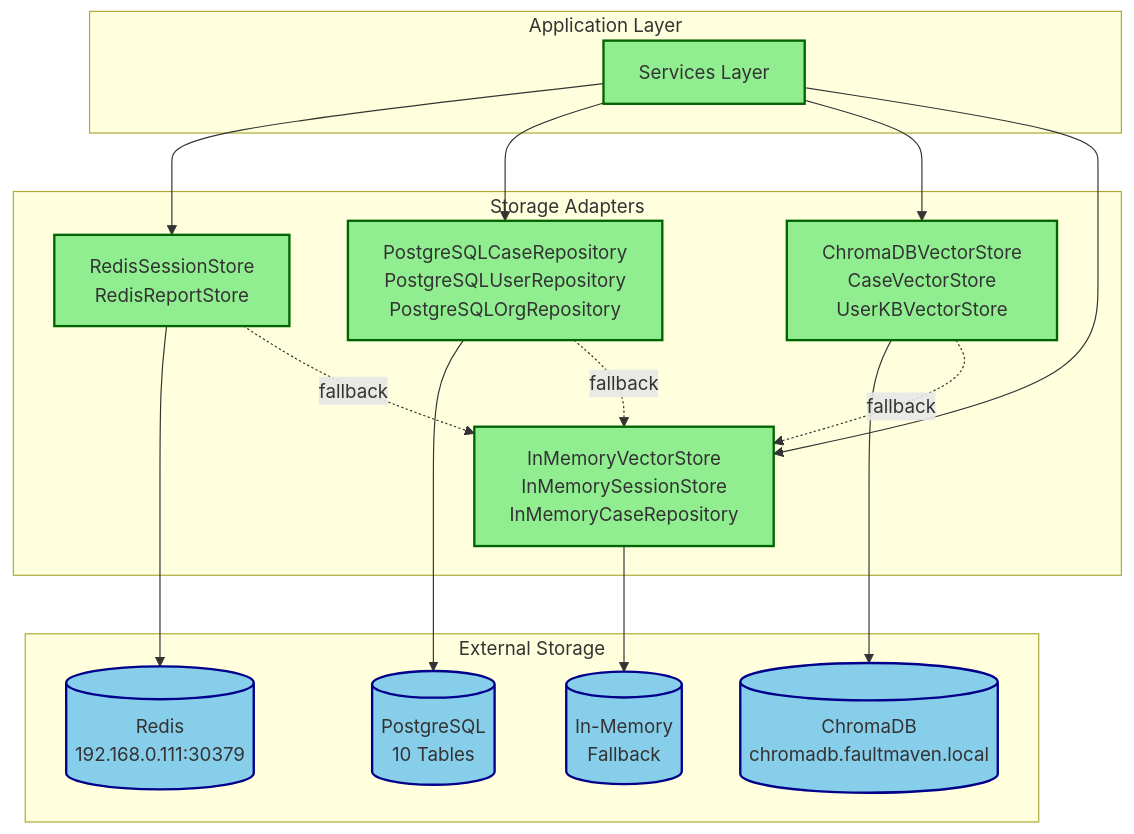
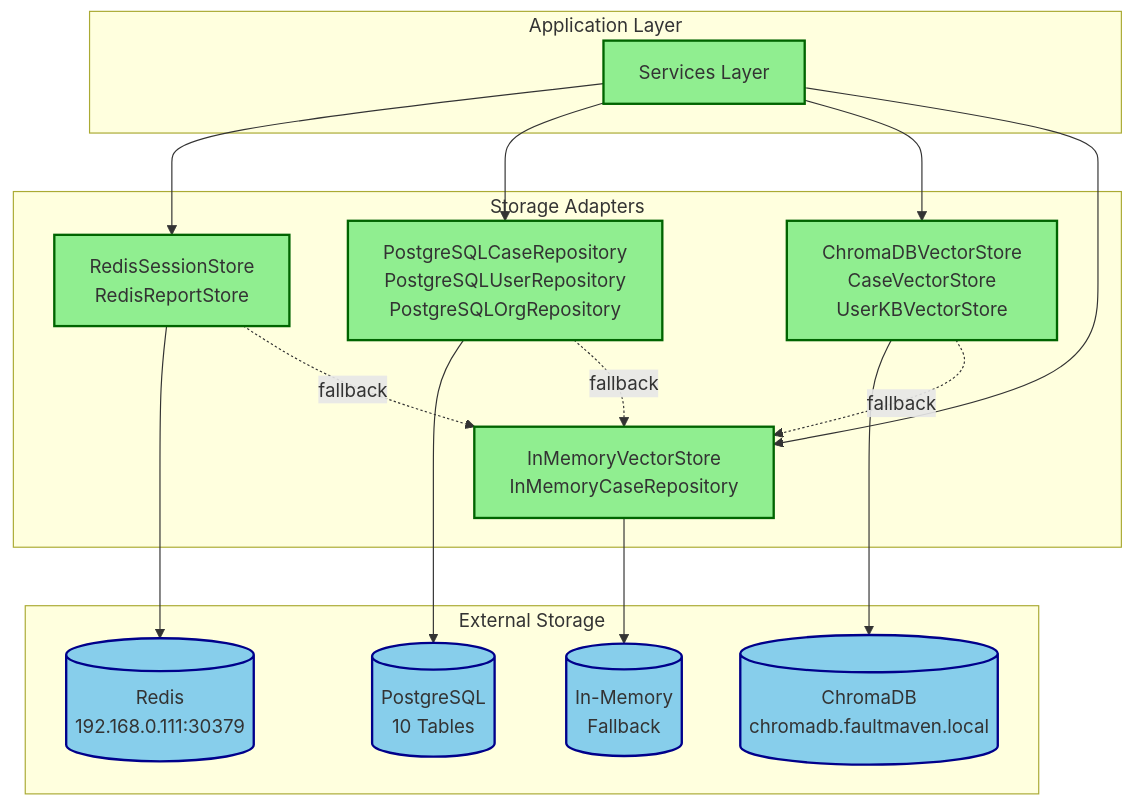
The tenth of 10 diagrams in docs/architecture/core-architecture/system-design-modules.md (FaultMaven/faultmaven), drawn with Mermaid before and after one commit. The commit also changed other lines of this file and 31 other files, not shown here.

````diff
--- a/docs/architecture/core-architecture/system-design-modules.md
+++ b/docs/architecture/core-architecture/system-design-modules.md
@@ -1312,40 +1311,40 @@
 ```mermaid
 graph TB
     subgraph "Application Layer"
         Services[Services Layer]
     end
 
     subgraph "Storage Adapters"
         Redis_Adapter[RedisSessionStore<br/>RedisReportStore]
         Postgres_Adapter[PostgreSQLCaseRepository<br/>PostgreSQLUserRepository<br/>PostgreSQLOrgRepository]
         Chroma_Adapter[ChromaDBVectorStore<br/>CaseVectorStore<br/>UserKBVectorStore]
-        InMem_Adapter[InMemoryVectorStore<br/>InMemorySessionStore<br/>InMemoryCaseRepository]
+        InMem_Adapter[InMemoryVectorStore<br/>InMemoryCaseRepository]
     end
 
     subgraph "External Storage"
         Redis[(Redis<br/>192.168.0.111:30379)]
         Postgres[(PostgreSQL<br/>10 Tables)]
         ChromaDB[(ChromaDB<br/>chromadb.faultmaven.local)]
         RAM[(In-Memory<br/>Fallback)]
     end
 
     Services --> Redis_Adapter
     Services --> Postgres_Adapter
     Services --> Chroma_Adapter
     Services --> InMem_Adapter
 
     Redis_Adapter --> Redis
     Postgres_Adapter --> Postgres
     Chroma_Adapter --> ChromaDB
     InMem_Adapter --> RAM
 
     Redis_Adapter -.fallback.-> InMem_Adapter
     Postgres_Adapter -.fallback.-> InMem_Adapter
     Chroma_Adapter -.fallback.-> InMem_Adapter
 
     classDef active fill:#90EE90,stroke:#006400,stroke-width:2px
     classDef external fill:#87CEEB,stroke:#00008B,stroke-width:2px
 
     class Services,Redis_Adapter,Postgres_Adapter,Chroma_Adapter,InMem_Adapter active
     class Redis,Postgres,ChromaDB,RAM external
 ```
````
